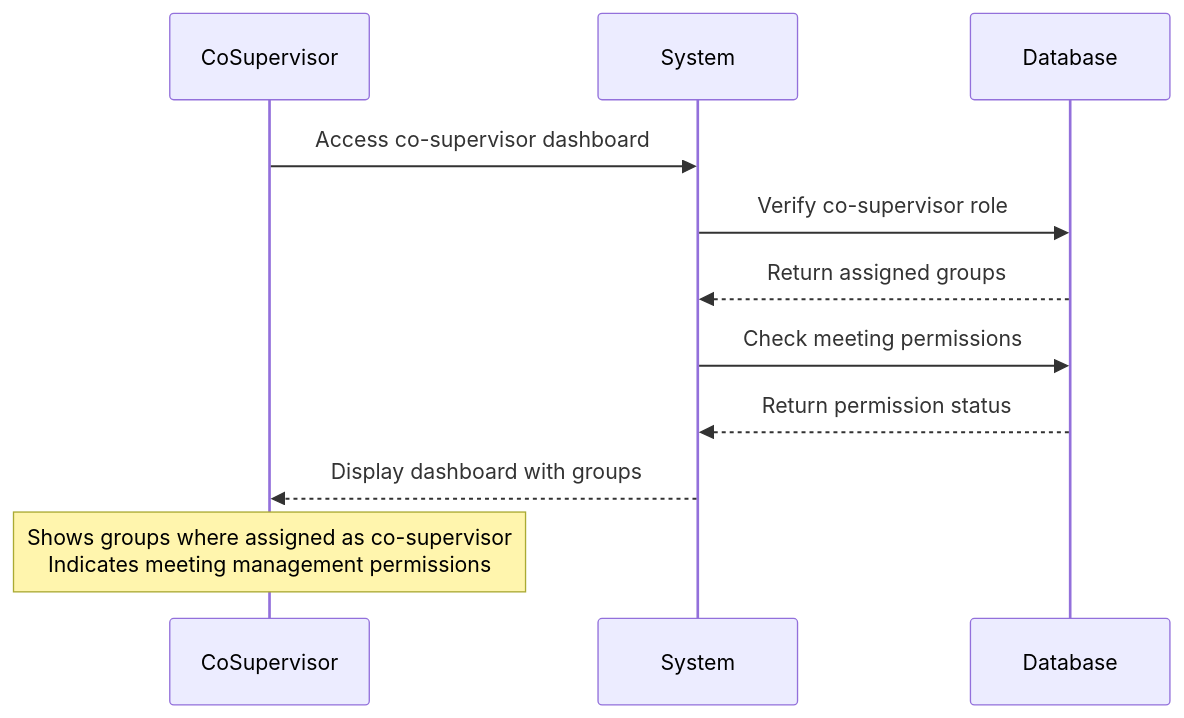
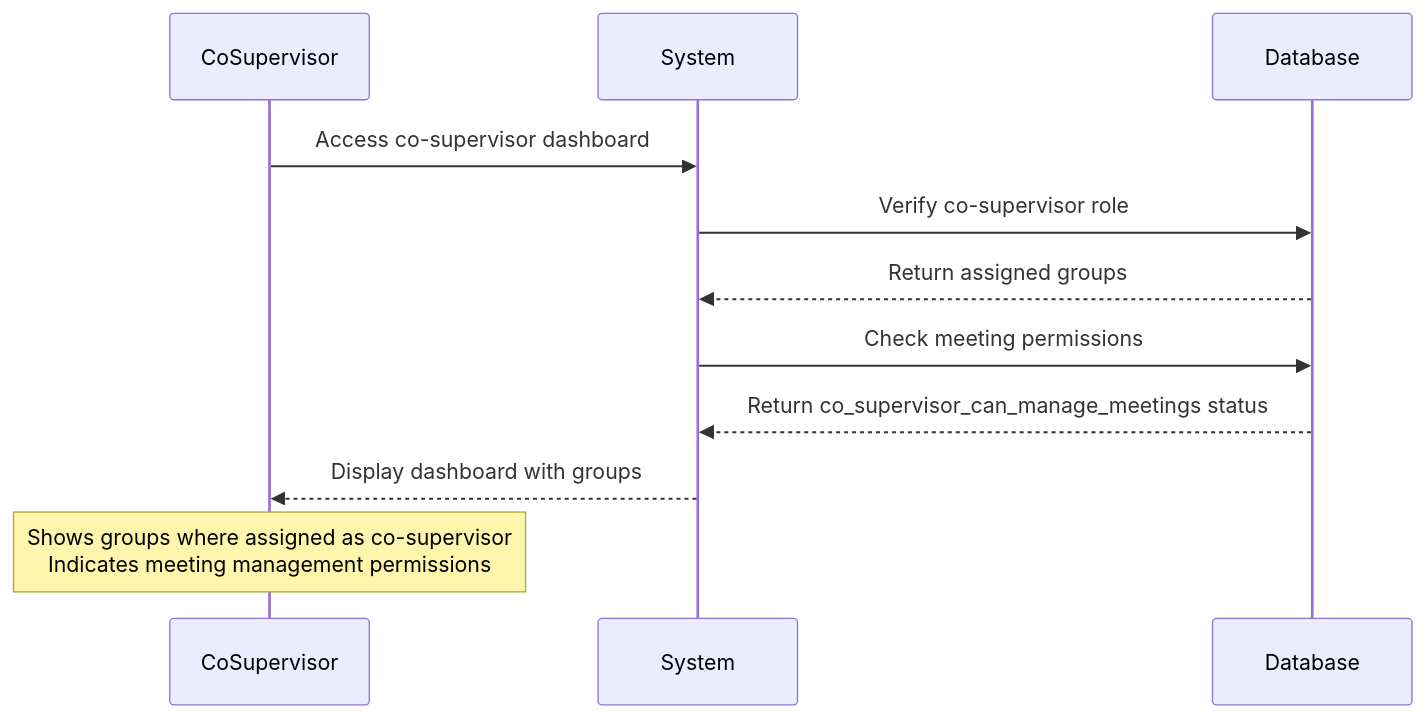
One commit to abdullah2323442/thesisrepo-backup changed diagram 12 of 42 in sequence.md. Above: the diagram before and after it, drawn with Mermaid. The commit also changed other lines of this file, not shown here.

````diff
--- a/sequence.md
+++ b/sequence.md
@@ -237,15 +301,15 @@
 ```mermaid
 sequenceDiagram
     participant CoSupervisor
     participant System
     participant Database
 
     CoSupervisor->>System: Access co-supervisor dashboard
     System->>Database: Verify co-supervisor role
     Database-->>System: Return assigned groups
     System->>Database: Check meeting permissions
-    Database-->>System: Return permission status
+    Database-->>System: Return co_supervisor_can_manage_meetings status
     System-->>CoSupervisor: Display dashboard with groups
     
     Note over CoSupervisor: Shows groups where assigned as co-supervisor<br/>Indicates meeting management permissions
 ```
````
